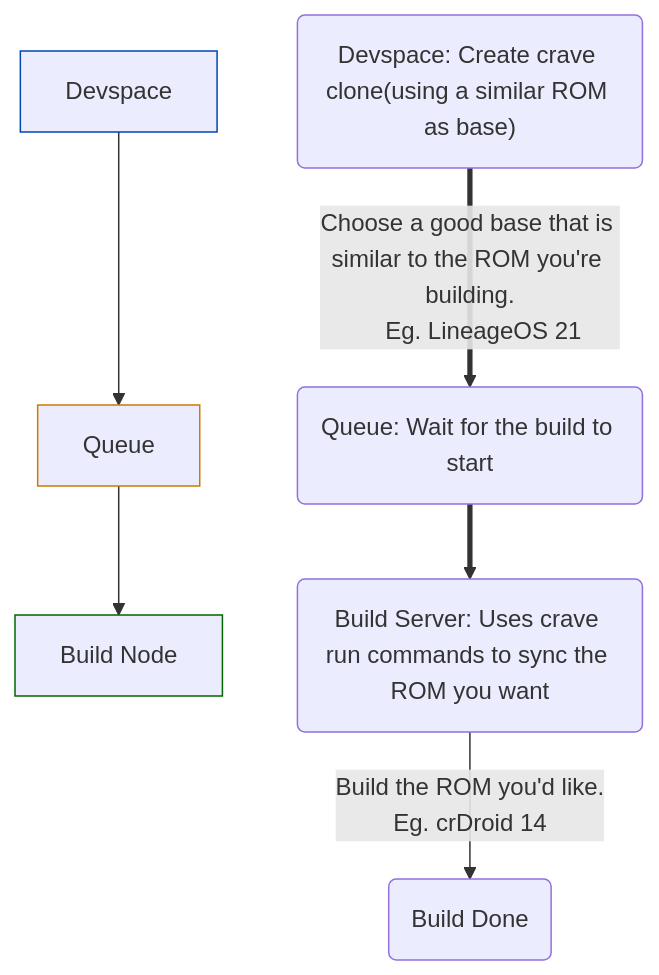
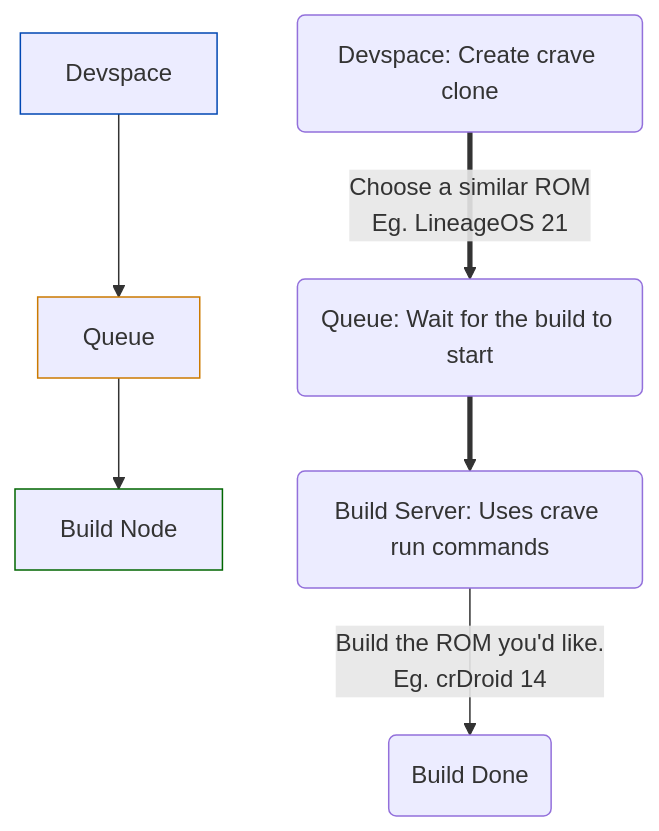
One commit to FOSSonTop/crave changed the diagram in getting-started/unsupported-roms.md. Above: the diagram before and after it, drawn with Mermaid. The commit also changed 3 other files, not shown here.

Commit message:
Diagrams: Try to reword and shorten

````diff
--- a/getting-started/unsupported-roms.md
+++ b/getting-started/unsupported-roms.md
@@ -16,19 +16,19 @@
 ```mermaid
 graph TD
     %% Diagram 1: Create crave clone -> start build
     A[Devspace] --> M
     M[Queue] --> N[Build Node]
     
     style A stroke:#0047b3
     style M stroke:#cc7a00
     style N stroke:#006600
 
-    P("Devspace: Create crave clone(using a similar ROM as base)") 
+    P("Devspace: Create crave clone") 
     Q("Queue: Wait for the build to start") 
-    R("Build Server: Uses crave run commands to sync the ROM you want")
+    R("Build Server: Uses crave run commands")
     
-    P ==> | Choose a good base that is similar to the ROM you're building.
+    P ==> | Choose a similar ROM 
     Eg. LineageOS 21 |Q ==> R --> |Build the ROM you'd like. 
     Eg. crDroid 14 | S(Build Done)
 
   ```
````
